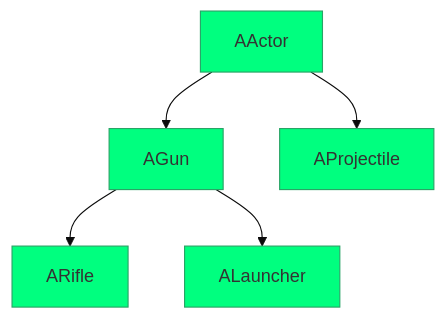
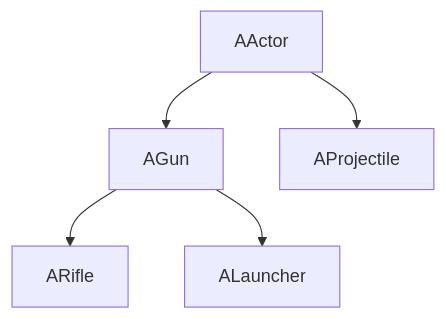
One commit to Mallllo/SimpleShooterRepository changed the first of 2 diagrams in README.md. Above: the diagram before and after it, drawn with Mermaid.

````diff
--- a/README.md
+++ b/README.md
@@ -2,15 +2,16 @@
 ```mermaid
 %%{
   init: {
     'theme': 'base',
     'themeVariables': {
-      'primaryColor': '#00ff7f'
+      'primaryColor': '#00ff7f',
+      'lineColor': '#000000',
     }
   }
 }%%
 graph TD;
     AActor-->AGun;
     AGun-->ARifle;
     AGun-->ALauncher;
     AActor-->AProjectile;
 ```
````
